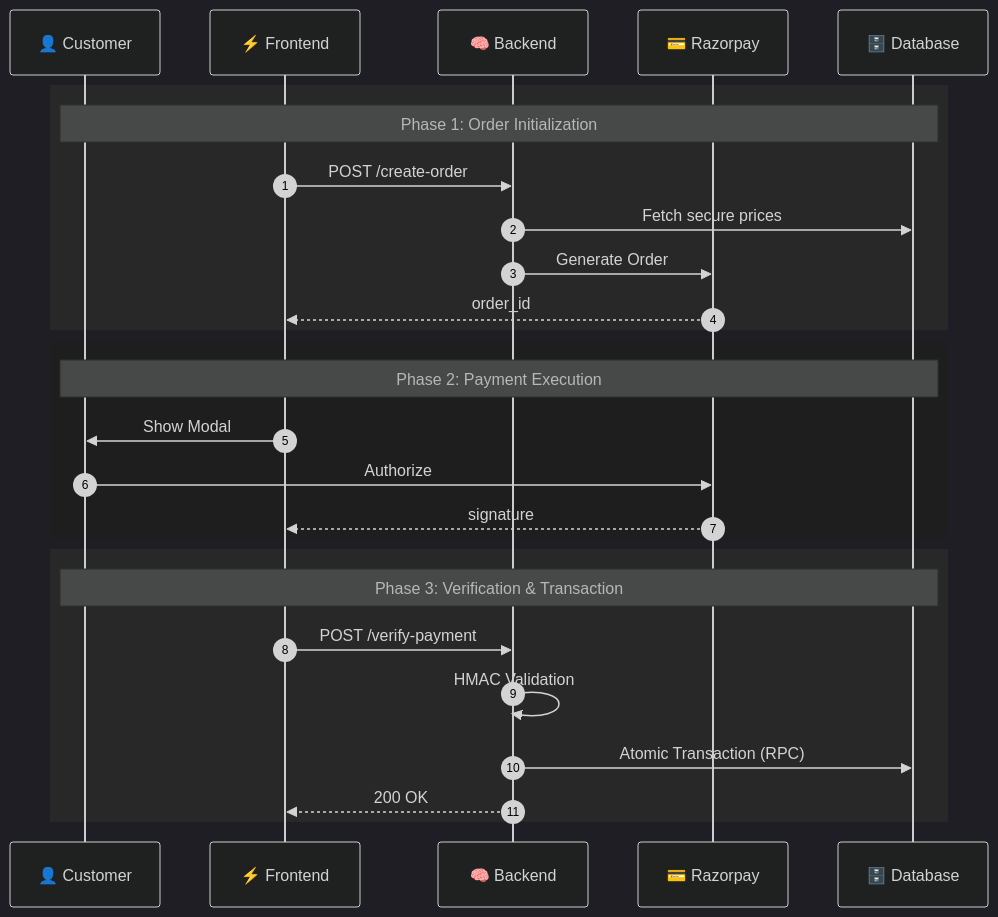
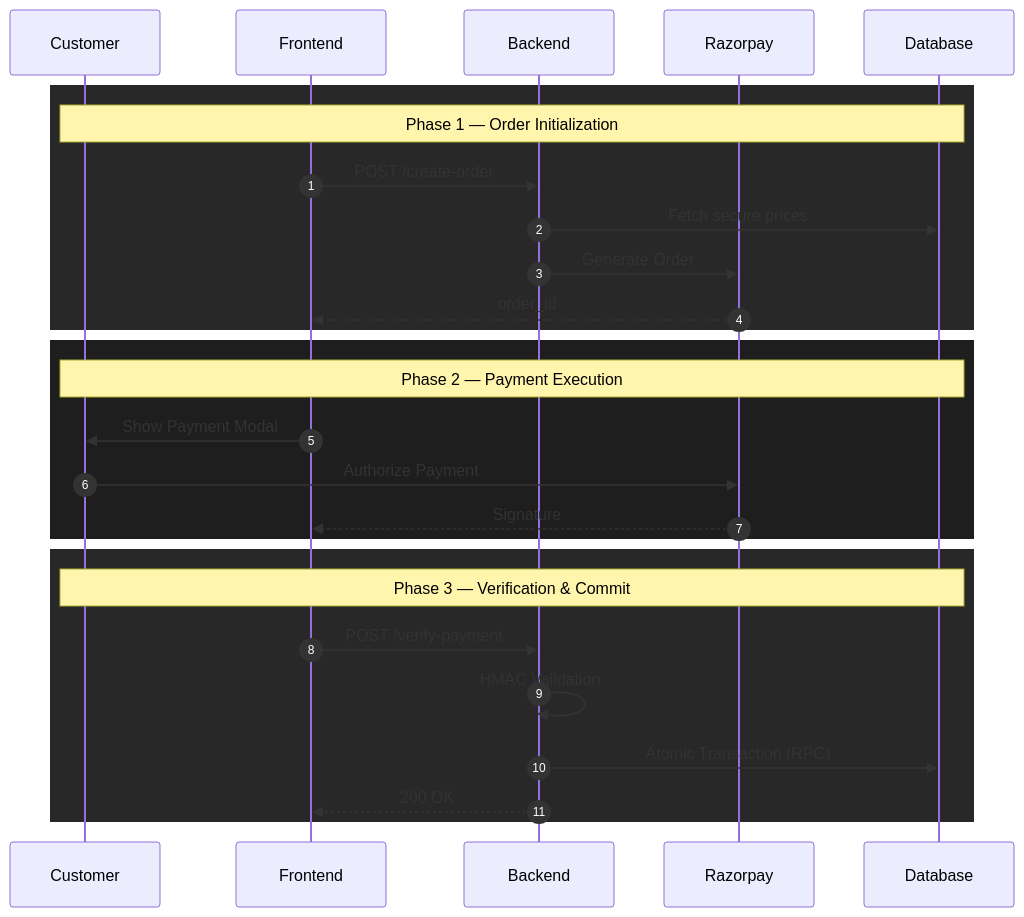
The fourth of 6 diagrams in README.md (kiran-8287/nescafe-iitpkd), drawn with Mermaid before and after one commit. The commit also changed other lines of this file, not shown here.

Commit message:
docs: update README with refined architecture, workflow documentation, and formatted technical diagrams

````diff
--- a/README.md
+++ b/README.md
@@ -126,33 +137,32 @@
 ```mermaid
-%%{init: { 'theme': 'dark', 'themeVariables': { 'primaryColor': '#D4AF37', 'secondaryColor': '#3E2723' } } }%%
 sequenceDiagram
     autonumber
-    participant U as 👤 Customer
-    participant F as ⚡ Frontend
-    participant B as 🧠 Backend
-    participant R as 💳 Razorpay
-    participant DB as 🗄️ Database
+    participant U as Customer
+    participant F as Frontend
+    participant B as Backend
+    participant R as Razorpay
+    participant DB as Database
 
     rect rgb(40, 40, 40)
-        Note over U,DB: Phase 1: Order Initialization
+        Note over U,DB: Phase 1 — Order Initialization
         F->>B: POST /create-order
         B->>DB: Fetch secure prices
         B->>R: Generate Order
         R-->>F: order_id
     end
 
     rect rgb(30, 30, 30)
-        Note over U,DB: Phase 2: Payment Execution
-        F->>U: Show Modal
-        U->>R: Authorize
-        R-->>F: signature
+        Note over U,DB: Phase 2 — Payment Execution
+        F->>U: Show Payment Modal
+        U->>R: Authorize Payment
+        R-->>F: Signature
     end
 
     rect rgb(40, 40, 40)
-        Note over U,DB: Phase 3: Verification & Transaction
+        Note over U,DB: Phase 3 — Verification & Commit
         F->>B: POST /verify-payment
         B->>B: HMAC Validation
         B->>DB: Atomic Transaction (RPC)
         B-->>F: 200 OK
     end
 ```
````
